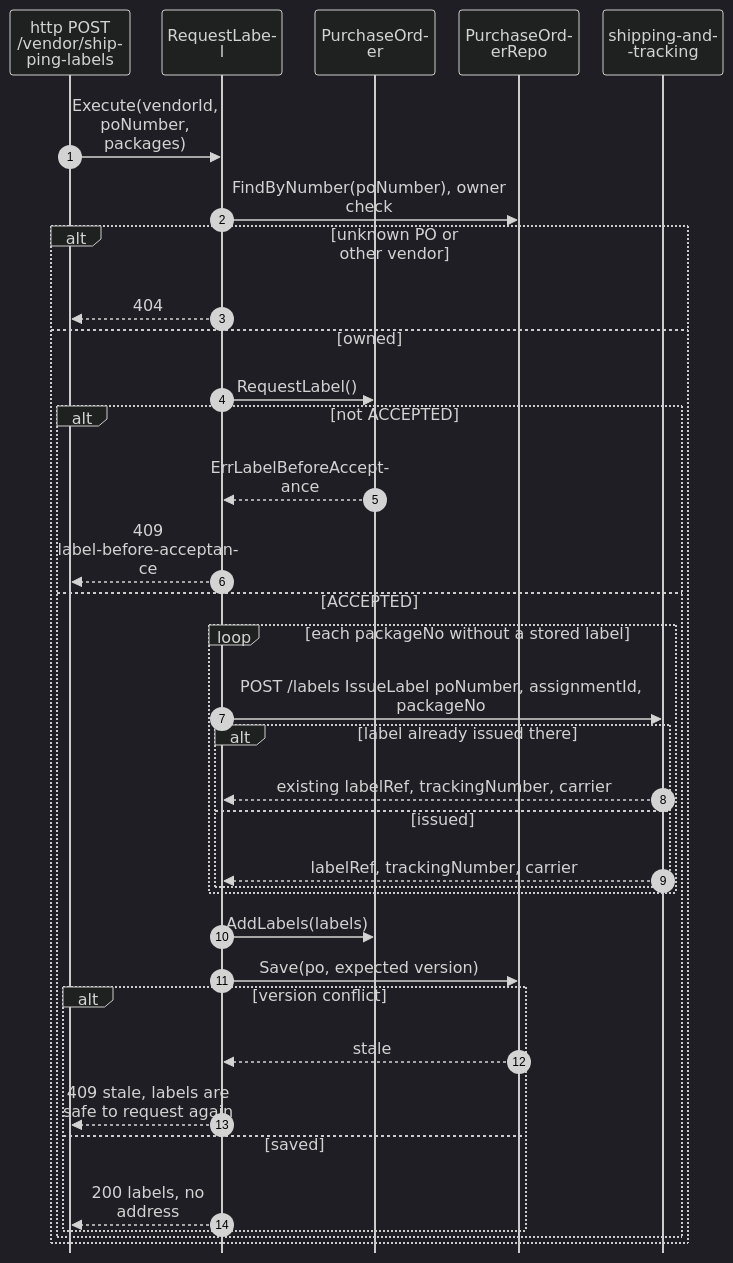
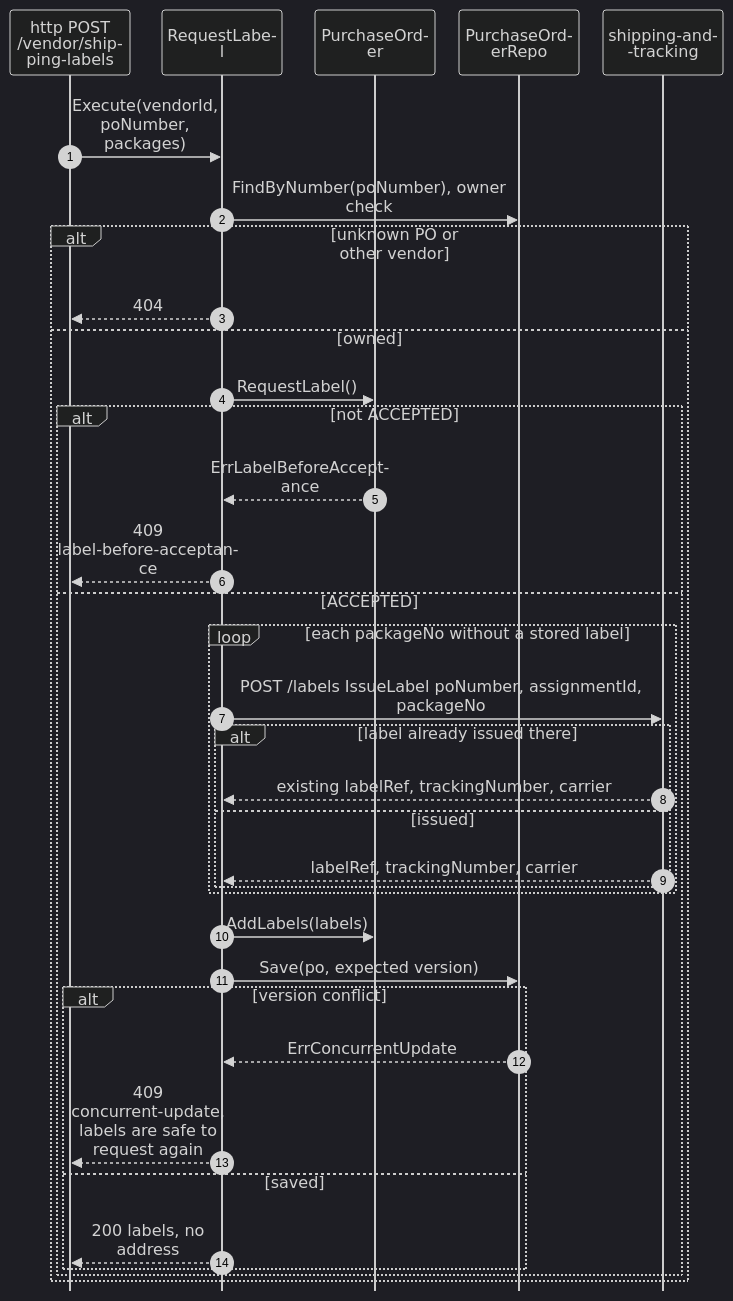
One commit to IQVO/warehouse-docs changed the fifth of 10 diagrams in network/docs/contexts/vendor-connectivity/sequence-diagrams.md. Above: the diagram before and after it, drawn with Mermaid (dark theme). The commit also changed other lines of this file and 7 other files, not shown here.

````diff
--- a/network/docs/contexts/vendor-connectivity/sequence-diagrams.md
+++ b/network/docs/contexts/vendor-connectivity/sequence-diagrams.md
@@ -216,38 +222,38 @@
 ```mermaid
 %%{init: {"sequence": {"wrap": true, "width": 120, "actorMargin": 24, "messageMargin": 28, "boxMargin": 6, "noteMargin": 6, "mirrorActors": false}}}%%
 sequenceDiagram
     autonumber
     participant H as http POST /vendor/shipping-labels
     participant UC as RequestLabel
     participant A as PurchaseOrder
     participant R as PurchaseOrderRepo
     participant ST as shipping-and-tracking
     H->>UC: Execute(vendorId, poNumber, packages)
     UC->>R: FindByNumber(poNumber), owner check
     alt unknown PO or other vendor
         UC-->>H: 404
     else owned
         UC->>A: RequestLabel()
         alt not ACCEPTED
             A-->>UC: ErrLabelBeforeAcceptance
             UC-->>H: 409 label-before-acceptance
         else ACCEPTED
             loop each packageNo without a stored label
                 UC->>ST: POST /labels IssueLabel poNumber, assignmentId, packageNo
                 alt label already issued there
                     ST-->>UC: existing labelRef, trackingNumber, carrier
                 else issued
                     ST-->>UC: labelRef, trackingNumber, carrier
                 end
             end
             UC->>A: AddLabels(labels)
             UC->>R: Save(po, expected version)
             alt version conflict
-                R-->>UC: stale
-                UC-->>H: 409 stale, labels are safe to request again
+                R-->>UC: ErrConcurrentUpdate
+                UC-->>H: 409 concurrent-update, labels are safe to request again
             else saved
                 UC-->>H: 200 labels, no address
             end
         end
     end
 ```
````
